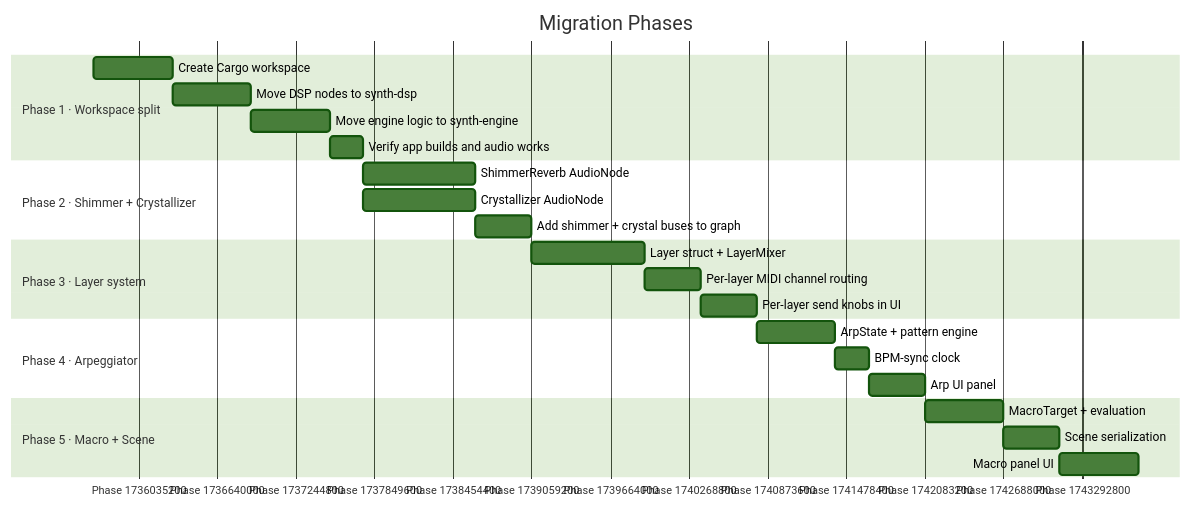
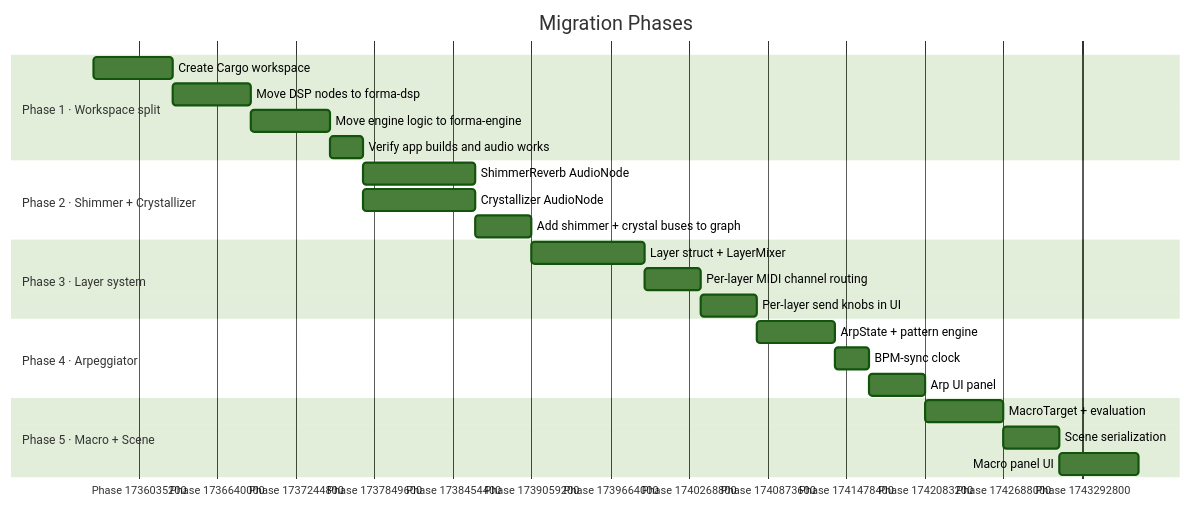
The ninth of 16 diagrams in doc/ambient-architecture-proposal.md (Ven7u/the_synth), drawn with Mermaid (forest theme) before and after one commit. The commit also changed other lines of this file and 143 other files, not shown here.

````diff
--- a/doc/ambient-architecture-proposal.md
+++ b/doc/ambient-architecture-proposal.md
@@ -606,32 +606,32 @@
 ```mermaid
 gantt
     title Migration Phases
     dateFormat  YYYY-MM-DD
     axisFormat  Phase %s
 
     section Phase 1 · Workspace split
     Create Cargo workspace                   :p1a, 2025-01-01, 7d
-    Move DSP nodes to synth-dsp              :p1b, after p1a, 7d
-    Move engine logic to synth-engine        :p1c, after p1b, 7d
+    Move DSP nodes to forma-dsp              :p1b, after p1a, 7d
+    Move engine logic to forma-engine        :p1c, after p1b, 7d
     Verify app builds and audio works        :p1d, after p1c, 3d
 
     section Phase 2 · Shimmer + Crystallizer
     ShimmerReverb AudioNode                  :p2a, after p1d, 10d
     Crystallizer AudioNode                   :p2b, after p1d, 10d
     Add shimmer + crystal buses to graph     :p2c, after p2a, 5d
 
     section Phase 3 · Layer system
     Layer struct + LayerMixer                :p3a, after p2c, 10d
     Per-layer MIDI channel routing           :p3b, after p3a, 5d
     Per-layer send knobs in UI               :p3c, after p3b, 5d
 
     section Phase 4 · Arpeggiator
     ArpState + pattern engine                :p4a, after p3c, 7d
     BPM-sync clock                           :p4b, after p4a, 3d
     Arp UI panel                             :p4c, after p4b, 5d
 
     section Phase 5 · Macro + Scene
     MacroTarget + evaluation                 :p5a, after p4c, 7d
     Scene serialization                      :p5b, after p5a, 5d
     Macro panel UI                           :p5c, after p5b, 7d
 ```
````
